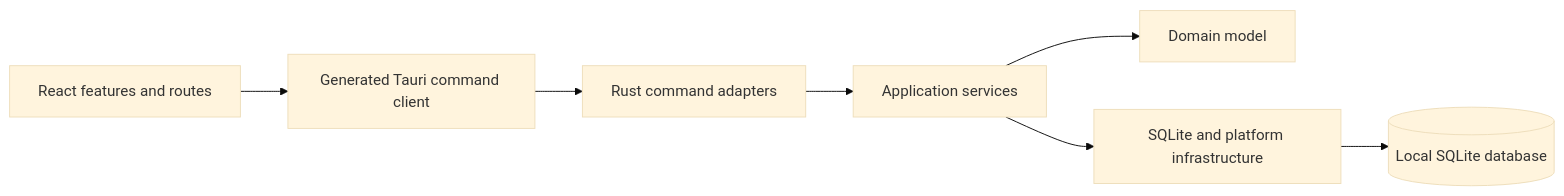
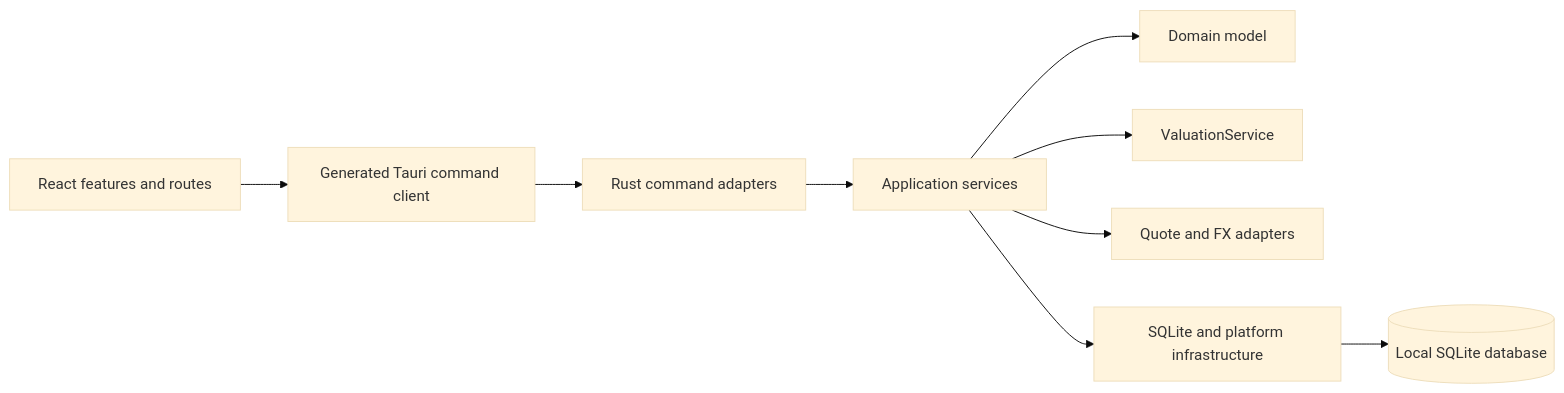
Before and after one commit to MnemosyneLab/Nestworth: the first of 2 diagrams in docs/architecture/system-overview.md, drawn with Mermaid (base theme). The commit also changed other lines of this file and 161 other files, not shown here.

````diff
--- a/docs/architecture/system-overview.md
+++ b/docs/architecture/system-overview.md
@@ -17,9 +17,11 @@
 ```mermaid
 flowchart LR
     UI["React features and routes"] --> IPC["Generated Tauri command client"]
     IPC --> Commands["Rust command adapters"]
     Commands --> Application["Application services"]
     Application --> Domain["Domain model"]
+    Application --> Valuation["ValuationService"]
+    Application --> Providers["Quote and FX adapters"]
     Application --> Infrastructure["SQLite and platform infrastructure"]
     Infrastructure --> DB[("Local SQLite database")]
 ```
````
